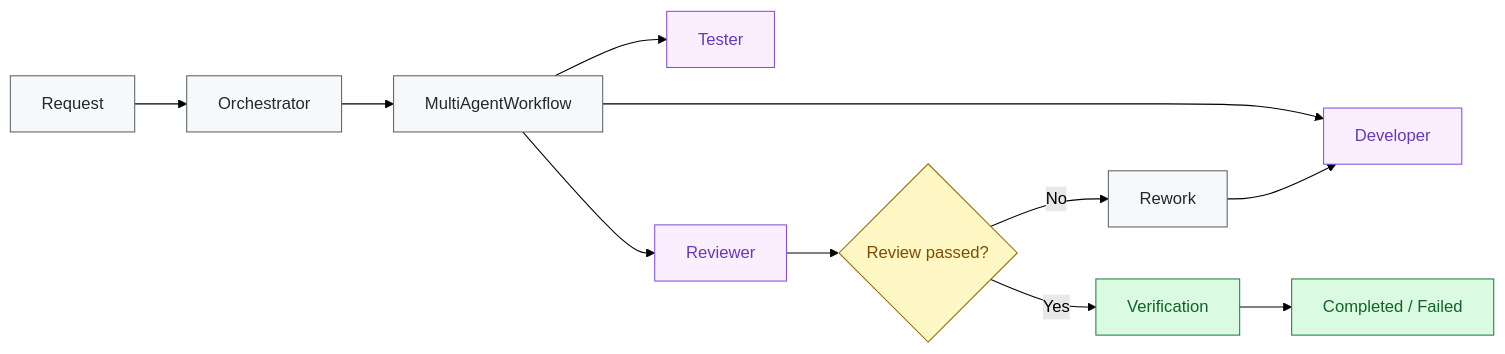
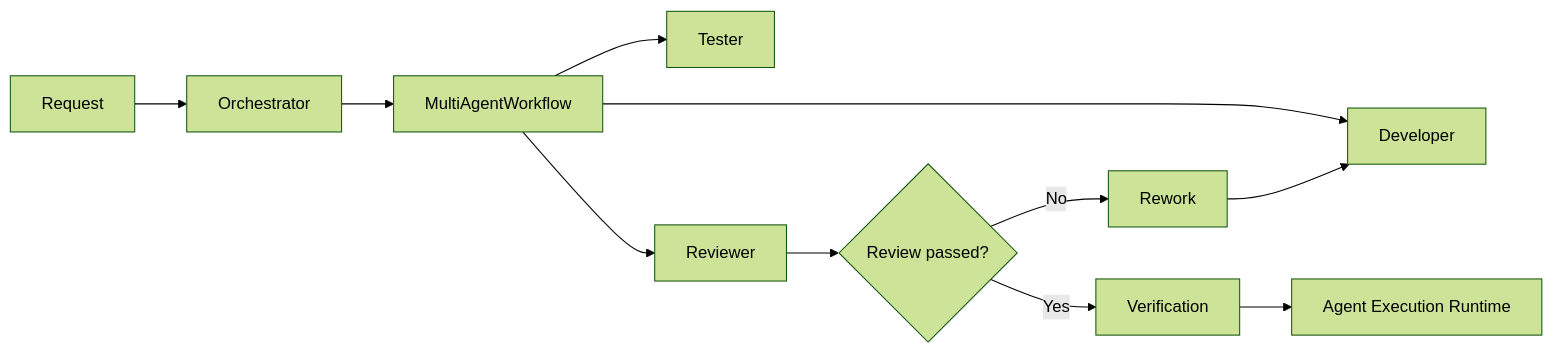
One commit to eaglesjo/MultiAgentOS changed the second of 2 diagrams in README.md. Above: the diagram before and after it, drawn with Mermaid (forest theme). The commit also changed other lines of this file, not shown here.

Commit message:
docs: redesign README around runtime architecture

````diff
--- a/README.md
+++ b/README.md
@@ -116,26 +87,16 @@
 ```mermaid
 flowchart LR
     REQUEST["Request"] --> ORCH["Orchestrator"]
-    ORCH --> WF["MultiAgentWorkflow"]
+    ORCH --> WORKFLOW["MultiAgentWorkflow"]
 
-    WF --> DEV["Developer"]
-    WF --> TEST["Tester"]
-    WF --> REVIEW["Reviewer"]
+    WORKFLOW --> DEV["Developer"]
+    WORKFLOW --> TEST["Tester"]
+    WORKFLOW --> REVIEW["Reviewer"]
 
     REVIEW --> DECISION{"Review passed?"}
     DECISION -->|No| REWORK["Rework"]
     REWORK --> DEV
     DECISION -->|Yes| VERIFY["Verification"]
 
-    VERIFY --> RESULT["Completed / Failed"]
-
-    classDef flow fill:#f6f8fa,stroke:#57606a,color:#24292f;
-    classDef agent fill:#fbefff,stroke:#8250df,color:#6639ba;
-    classDef decision fill:#fff8c5,stroke:#9a6700,color:#7d4e00;
-    classDef result fill:#dafbe1,stroke:#1a7f37,color:#116329;
-
-    class REQUEST,ORCH,WF,REWORK flow;
-    class DEV,TEST,REVIEW agent;
-    class DECISION decision;
-    class VERIFY,RESULT result;
+    VERIFY --> RUNTIME["Agent Execution Runtime"]
 ```
````
